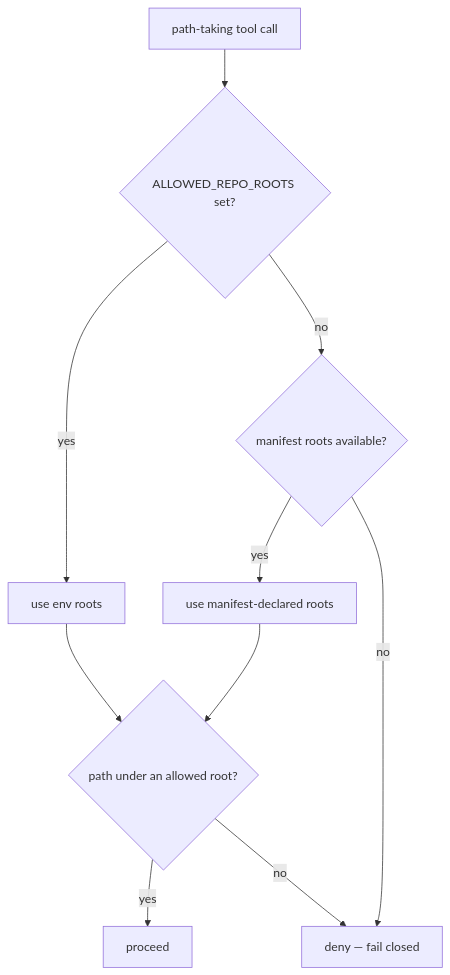
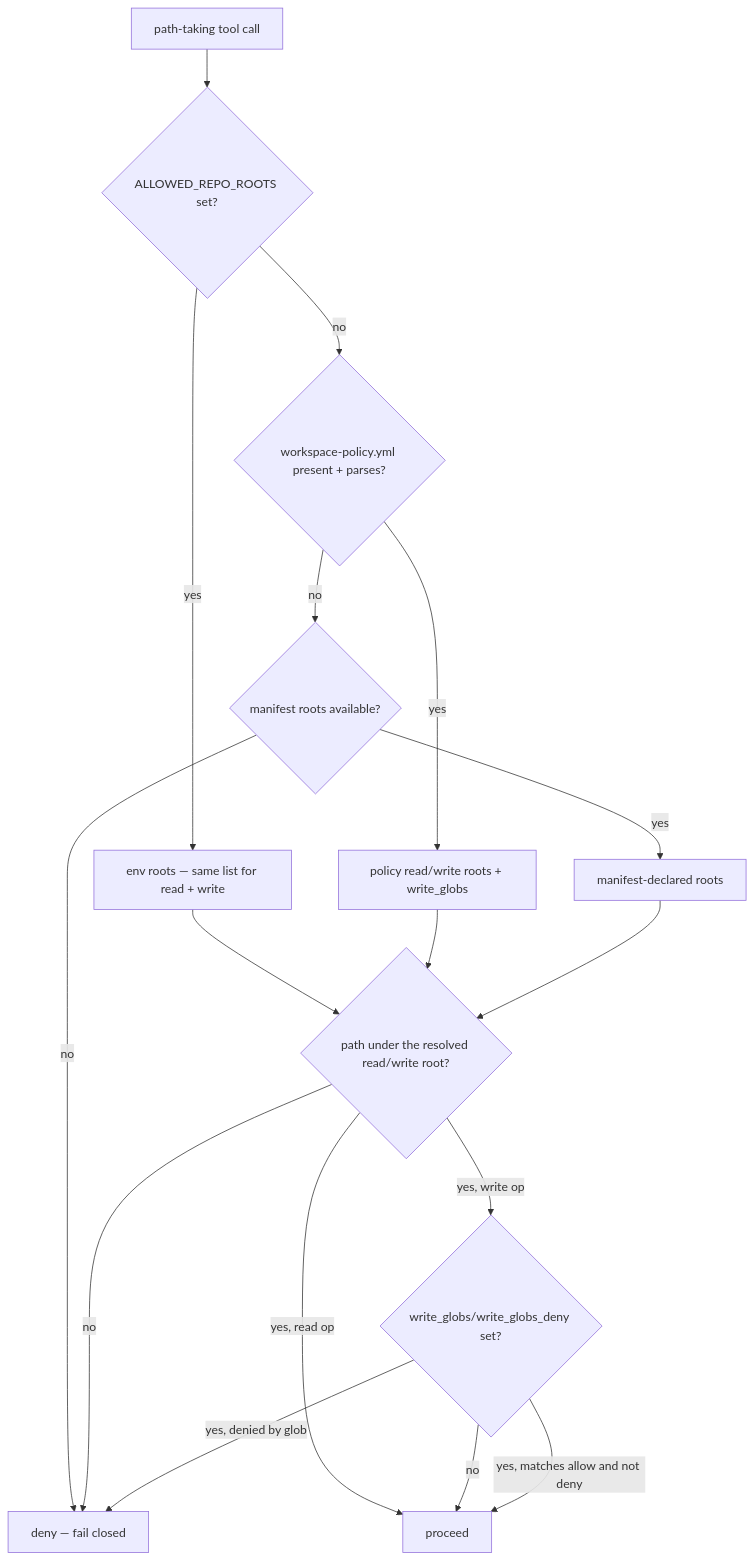
One commit to TadMSTR/githost-mcp changed the second of 2 diagrams in README.md. Above: the diagram before and after it, drawn with Mermaid. The commit also changed other lines of this file, not shown here.

First line of the commit message:
docs(githost-mcp): document workspace-policy.yml resolution and write_globs enforcement

````diff
--- a/README.md
+++ b/README.md
@@ -34,12 +39,19 @@
 ```mermaid
 flowchart TD
     call[path-taking tool call] --> env{ALLOWED_REPO_ROOTS set?}
-    env -->|yes| envroots[use env roots]
-    env -->|no| manifest{manifest roots available?}
-    manifest -->|yes| mroots[use manifest-declared roots]
+    env -->|yes| envroots[env roots — same list for read + write]
+    env -->|no| policy{workspace-policy.yml present + parses?}
+    policy -->|yes| proots[policy read/write roots + write_globs]
+    policy -->|no| manifest{manifest roots available?}
+    manifest -->|yes| mroots[manifest-declared roots]
     manifest -->|no| deny[deny — fail closed]
-    envroots --> validate{path under an allowed root?}
+    envroots --> validate{path under the resolved read/write root?}
+    proots --> validate
     mroots --> validate
-    validate -->|yes| allow[proceed]
     validate -->|no| deny
+    validate -->|yes, read op| allow[proceed]
+    validate -->|yes, write op| glob{write_globs/write_globs_deny set?}
+    glob -->|no| allow
+    glob -->|yes, matches allow and not deny| allow
+    glob -->|yes, denied by glob| deny
 ```
````
